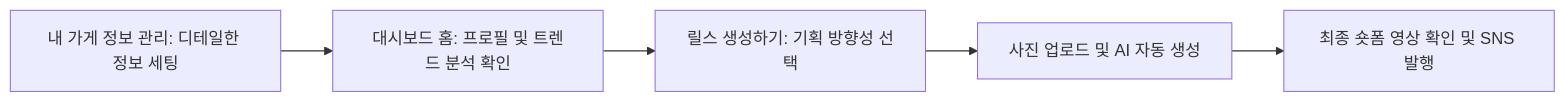
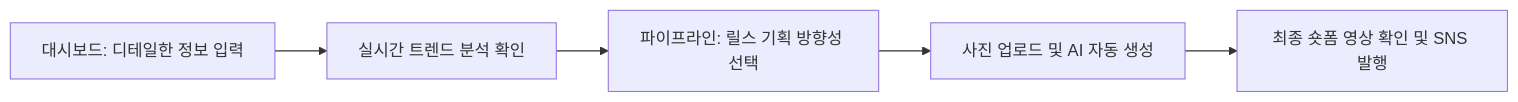
Before and after one commit to Mureung1/hub-showcase: the diagram in docs/plan.md, drawn with Mermaid. The commit also changed other lines of this file and 6 other files, not shown here.

````diff
--- a/docs/plan.md
+++ b/docs/plan.md
@@ -42,7 +53,7 @@
 ```mermaid
 graph LR
-    A[내 가게 정보 관리: 디테일한 정보 세팅] --> B[대시보드 홈: 프로필 및 트렌드 분석 확인]
-    B --> C[릴스 생성하기: 기획 방향성 선택]
+    A[대시보드: 디테일한 정보 입력] --> B[실시간 트렌드 분석 확인]
+    B --> C[파이프라인: 릴스 기획 방향성 선택]
     C --> D[사진 업로드 및 AI 자동 생성]
     D --> E[최종 숏폼 영상 확인 및 SNS 발행]
 ```
````
